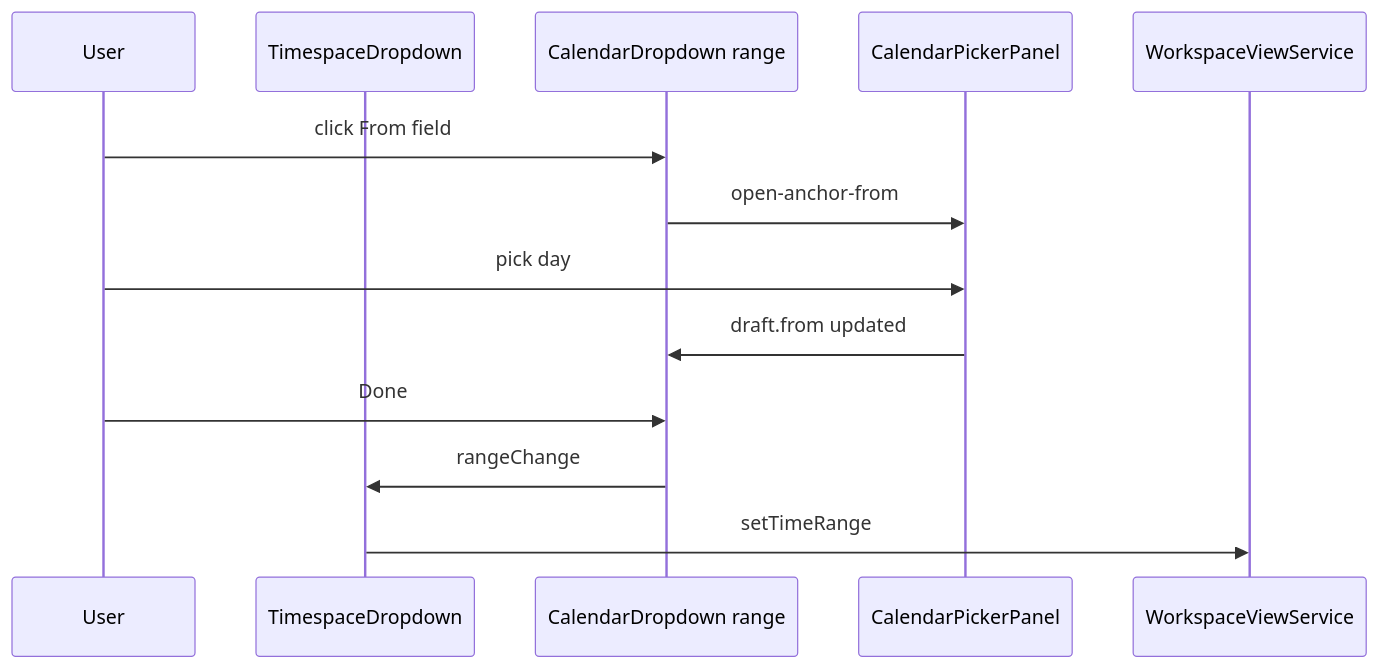
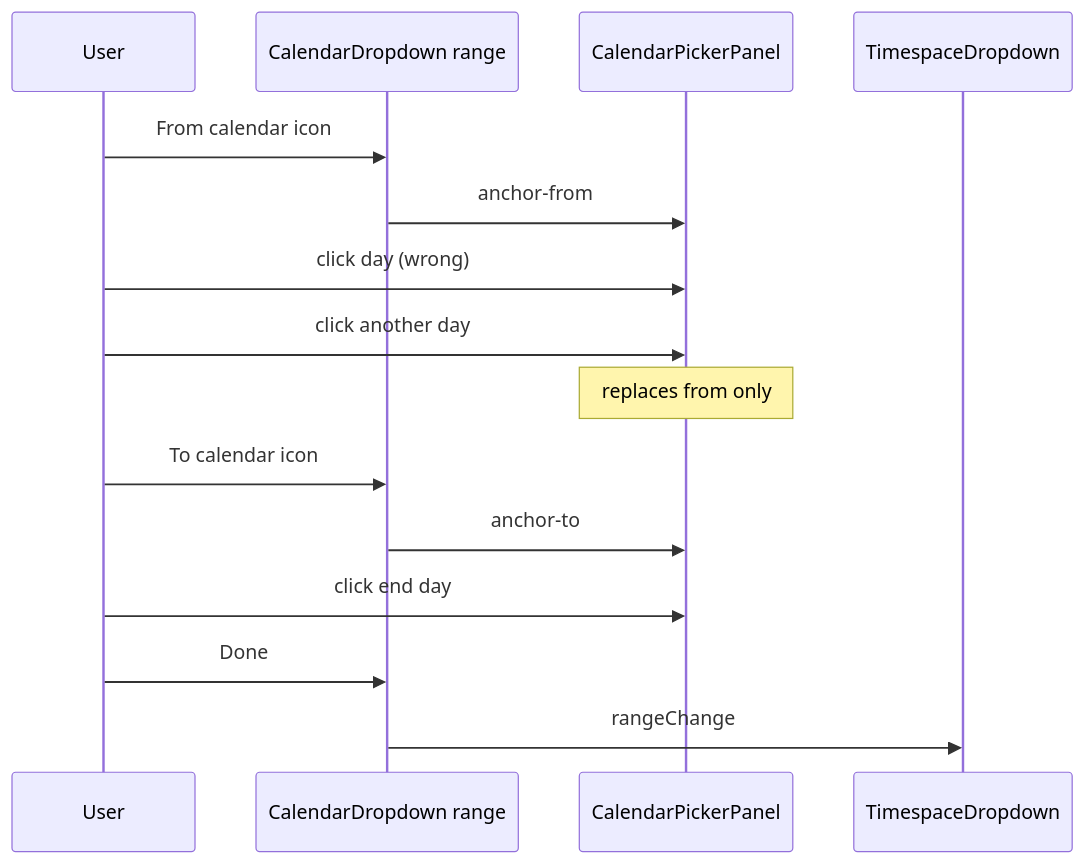
One commit to matkleve/feldpost changed the diagram in docs/specs/component/filters/calendar-dropdown.range-mode.supplement.md. Above: the diagram before and after it, drawn with Mermaid. The commit also changed other lines of this file and 9 other files, not shown here.

First line of the commit message:
refactor(calendar-dropdown): update anchor target logic and simplify range handling

````diff
--- a/docs/specs/component/filters/calendar-dropdown.range-mode.supplement.md
+++ b/docs/specs/component/filters/calendar-dropdown.range-mode.supplement.md
@@ -103,16 +92,18 @@
 ```mermaid
 sequenceDiagram
   participant U as User
-  participant TS as TimespaceDropdown
   participant CR as CalendarDropdown range
   participant P as CalendarPickerPanel
-  participant WV as WorkspaceViewService
+  participant TS as TimespaceDropdown
 
-  U->>CR: click From field
-  CR->>P: open-anchor-from
-  U->>P: pick day
-  P->>CR: draft.from updated
+  U->>CR: From calendar icon
+  CR->>P: anchor-from
+  U->>P: click day (wrong)
+  U->>P: click another day
+  Note over P: replaces from only
+  U->>CR: To calendar icon
+  CR->>P: anchor-to
+  U->>P: click end day
   U->>CR: Done
   CR->>TS: rangeChange
-  TS->>WV: setTimeRange
 ```
````
